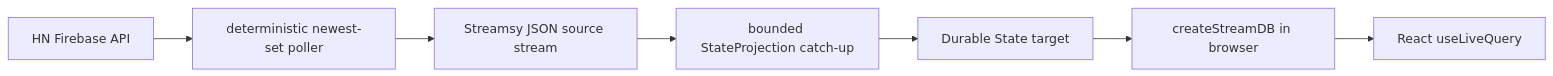
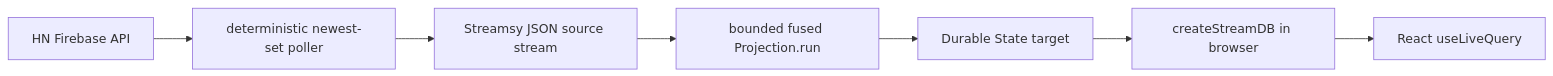
Before and after one commit to gingerhendrix/streamsy: the diagram in examples/hackernews-newest-stream/README.md, drawn with Mermaid. The commit also changed other lines of this file and 16 other files, not shown here.

First line of the commit message:
refactor(hackernews): run the story index on @streamsy/projection

````diff
--- a/examples/hackernews-newest-stream/README.md
+++ b/examples/hackernews-newest-stream/README.md
@@ -9,9 +9,9 @@
 ```mermaid
 flowchart LR
   HN[HN Firebase API] --> Poller[deterministic newest-set poller]
   Poller --> Source[Streamsy JSON source stream]
-  Source --> Projection[bounded StateProjection catch-up]
+  Source --> Projection[bounded fused Projection.run]
   Projection --> Target[Durable State target]
   Target --> ClientDB[createStreamDB in browser]
   ClientDB --> React[React useLiveQuery]
 ```
````
